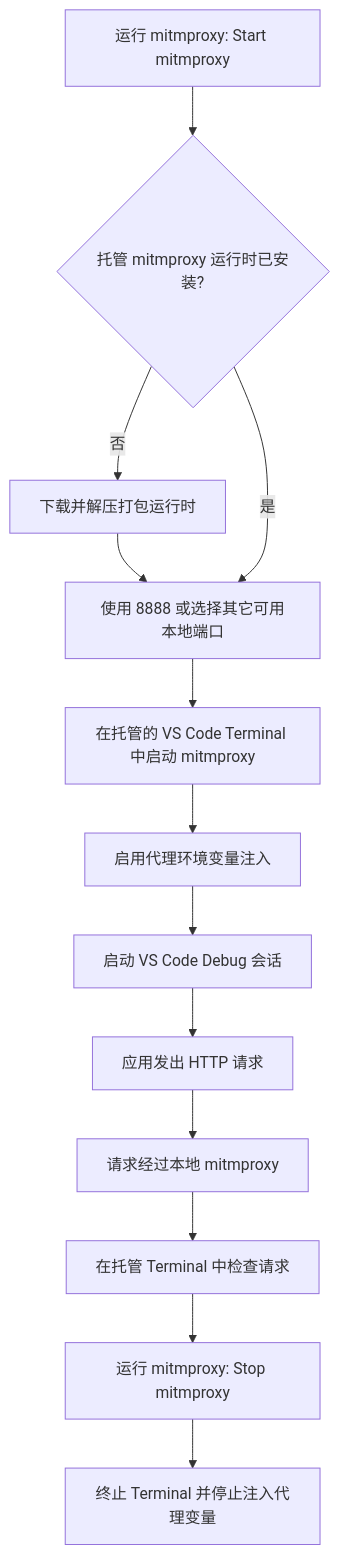
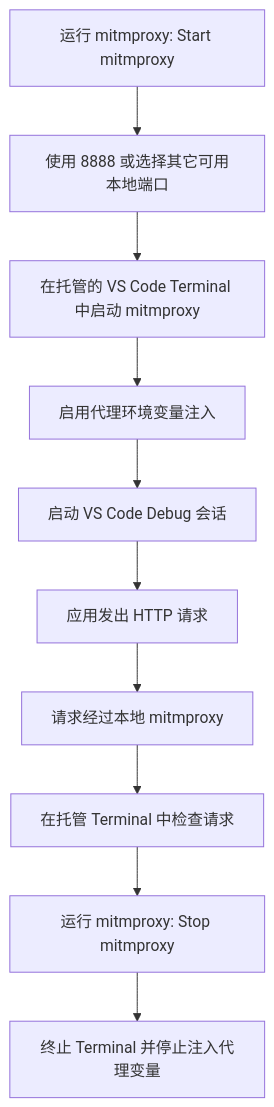
Before and after one commit to fengqi-dev/request-inspector: the diagram in README_zh.md, drawn with Mermaid. The commit also changed other lines of this file and 11 other files, not shown here.

Commit message:
Refactor Request Inspector to use system-installed mitmproxy instead of managed runtime. Update README files to reflect installation requirements and streamline the proxy setup process. Remove installer and related files for managed runtime.

````diff
--- a/README_zh.md
+++ b/README_zh.md
@@ -21,22 +21,18 @@
 ```mermaid
 flowchart TD
     command[运行 mitmproxy: Start mitmproxy]
-    runtime{托管 mitmproxy 运行时已安装?}
-    download[下载并解压打包运行时]
     port[使用 8888 或选择其它可用本地端口]
     terminal[在托管的 VS Code Terminal 中启动 mitmproxy]
     inject[启用代理环境变量注入]
     debug[启动 VS Code Debug 会话]
     app[应用发出 HTTP 请求]
     proxy[请求经过本地 mitmproxy]
     inspect[在托管 Terminal 中检查请求]
     stop[运行 mitmproxy: Stop mitmproxy]
     cleanup[终止 Terminal 并停止注入代理变量]
 
-    command --> runtime
-    runtime -- 否 --> download --> port
-    runtime -- 是 --> port
+    command --> port
     port --> terminal --> inject --> debug
     debug --> app --> proxy --> inspect
     inspect --> stop --> cleanup
 ```
````
